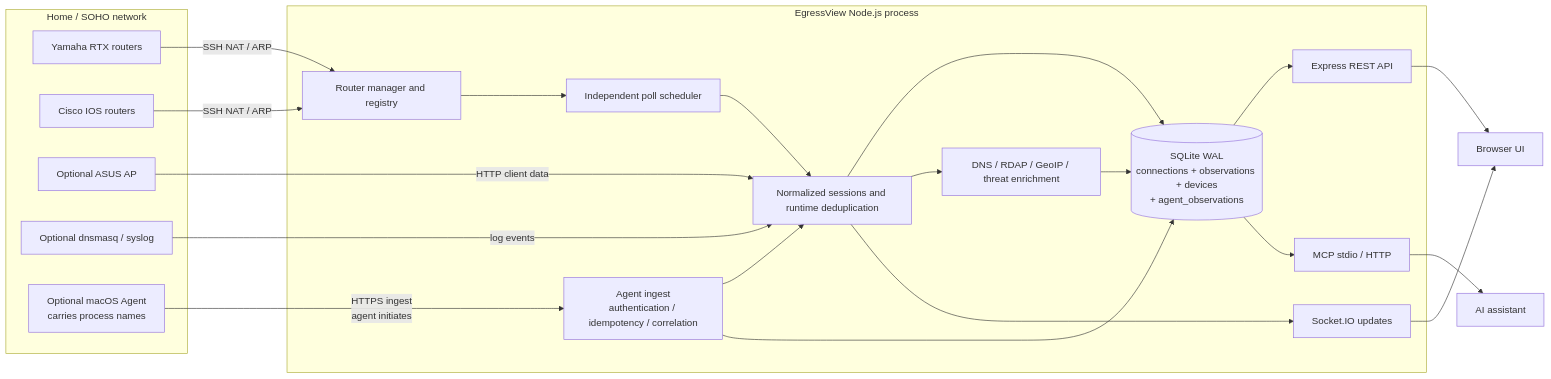
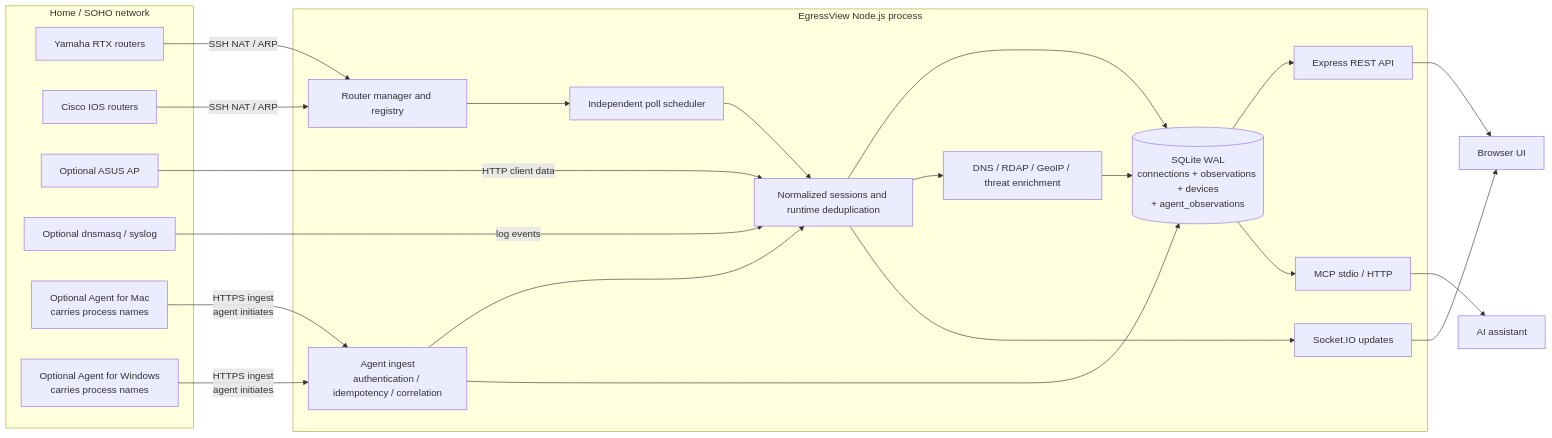
One commit to yo1t/egressview changed the diagram in docs/architecture.md. Above: the diagram before and after it, drawn with Mermaid. The commit also changed other lines of this file and 10 other files, not shown here.

First line of the commit message:
docs: align roadmap and agent guides with current products (#678)

````diff
--- a/docs/architecture.md
+++ b/docs/architecture.md
@@ -13,36 +13,38 @@
 ```mermaid
 flowchart LR
   subgraph Network[Home / SOHO network]
     Y[Yamaha RTX routers]
     C[Cisco IOS routers]
     A[Optional ASUS AP]
     L[Optional dnsmasq / syslog]
-    M[Optional macOS Agent<br/>carries process names]
+    M[Optional Agent for Mac<br/>carries process names]
+    W[Optional Agent for Windows<br/>carries process names]
   end
 
   subgraph Server[EgressView Node.js process]
     RM[Router manager and registry]
     PS[Independent poll scheduler]
     IN[Agent ingest<br/>authentication / idempotency / correlation]
     N[Normalized sessions and runtime deduplication]
     EN[DNS / RDAP / GeoIP / threat enrichment]
     DB[(SQLite WAL\nconnections + observations + devices\n+ agent_observations)]
     HTTP[Express REST API]
     WS[Socket.IO updates]
     MCP[MCP stdio / HTTP]
   end
 
   Y -->|SSH NAT / ARP| RM
   C -->|SSH NAT / ARP| RM
   RM --> PS --> N
   A -->|HTTP client data| N
   L -->|log events| N
   M -->|HTTPS ingest<br/>agent initiates| IN
+  W -->|HTTPS ingest<br/>agent initiates| IN
   IN --> N
   IN --> DB
   N --> DB
   N --> EN --> DB
   DB --> HTTP --> UI[Browser UI]
   N --> WS --> UI
   DB --> MCP --> AI[AI assistant]
 ```
````
